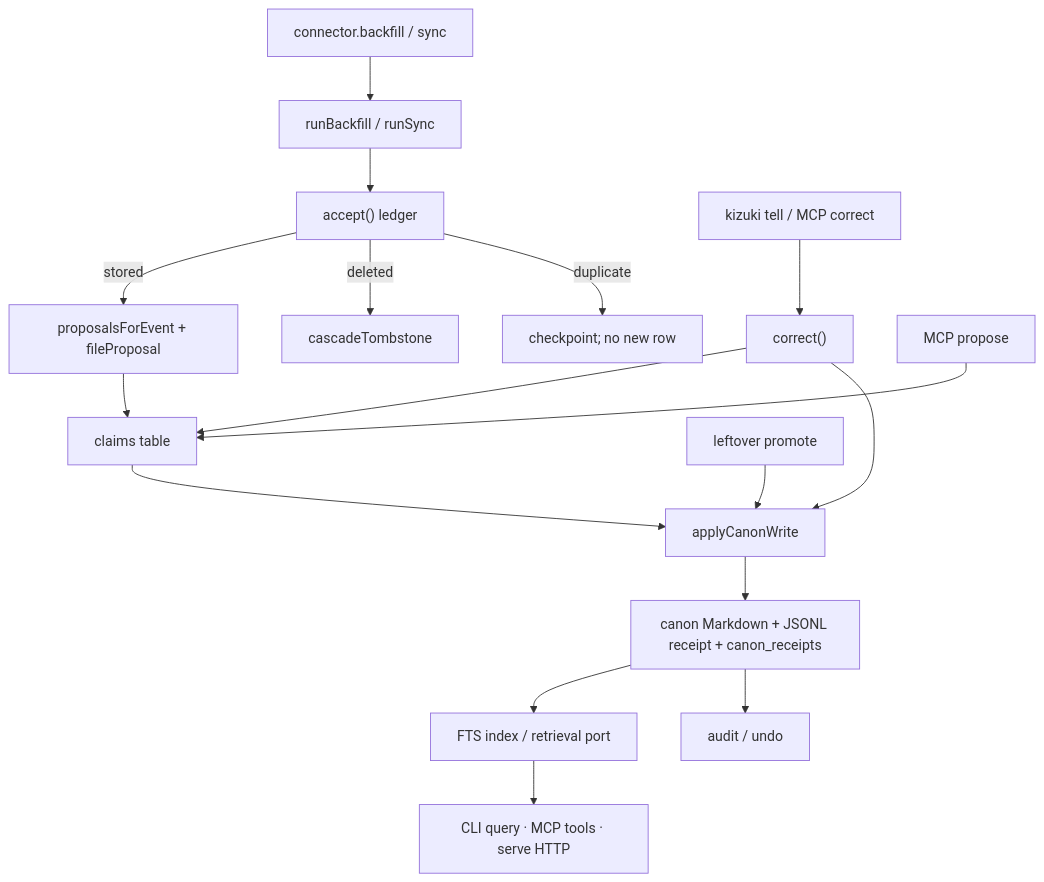
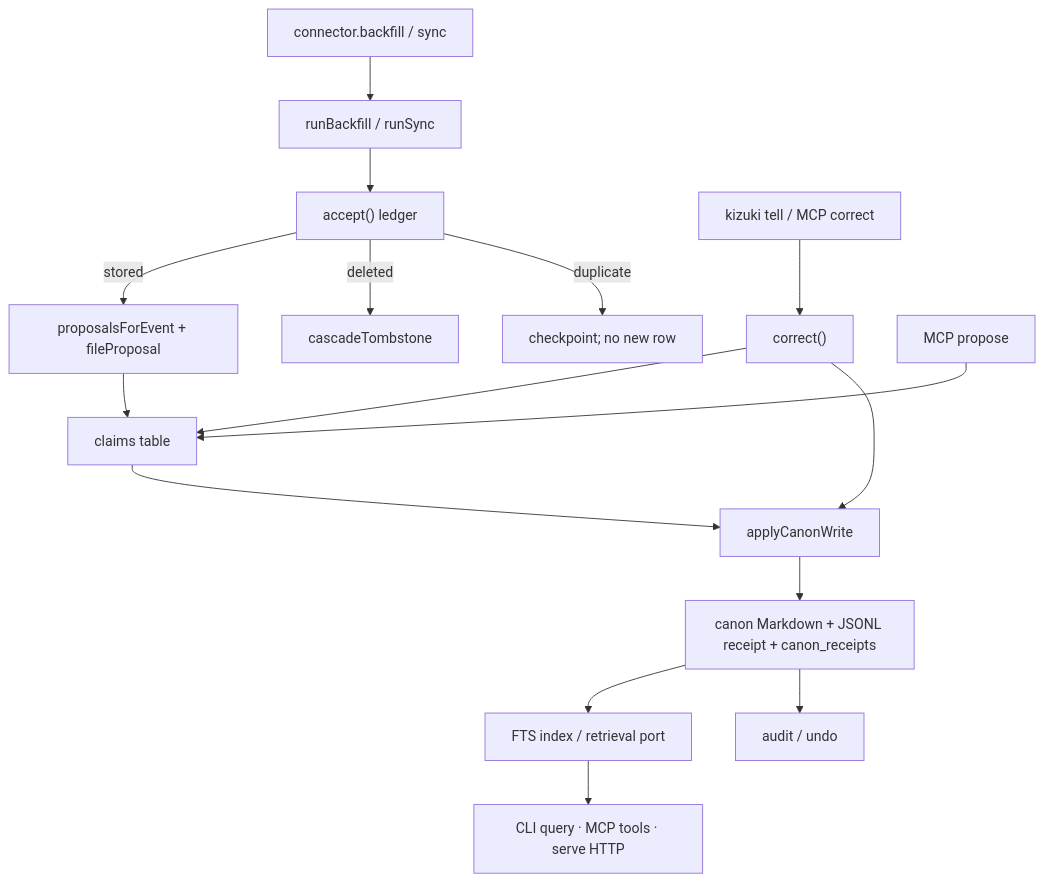
Before and after one commit to Illuminfti/kizuki: the diagram in README.md, drawn with Mermaid. The commit also changed other lines of this file and 22 other files, not shown here.

````diff
--- a/README.md
+++ b/README.md
@@ -60,19 +158,18 @@
 ```mermaid
 flowchart TD
   src["connector.backfill / sync"] --> ingest["runBackfill / runSync"]
   ingest --> accept["accept() ledger"]
   accept -->|stored| propose["proposalsForEvent + fileProposal"]
   accept -->|deleted| tomb["cascadeTombstone"]
   accept -->|duplicate| stop["checkpoint; no new row"]
   propose --> claims["claims table"]
   tell["kizuki tell / MCP correct"] --> correct["correct()"]
   mcpPropose["MCP propose"] --> claims
-  leftover["leftover promote"] --> writer
   correct --> claims
   correct --> writer["applyCanonWrite"]
   claims --> writer
   writer --> page["canon Markdown + JSONL receipt + canon_receipts"]
   page --> derived["FTS index / retrieval port"]
   derived --> serve["CLI query · MCP tools · serve HTTP"]
   page --> audit["audit / undo"]
 ```
````
